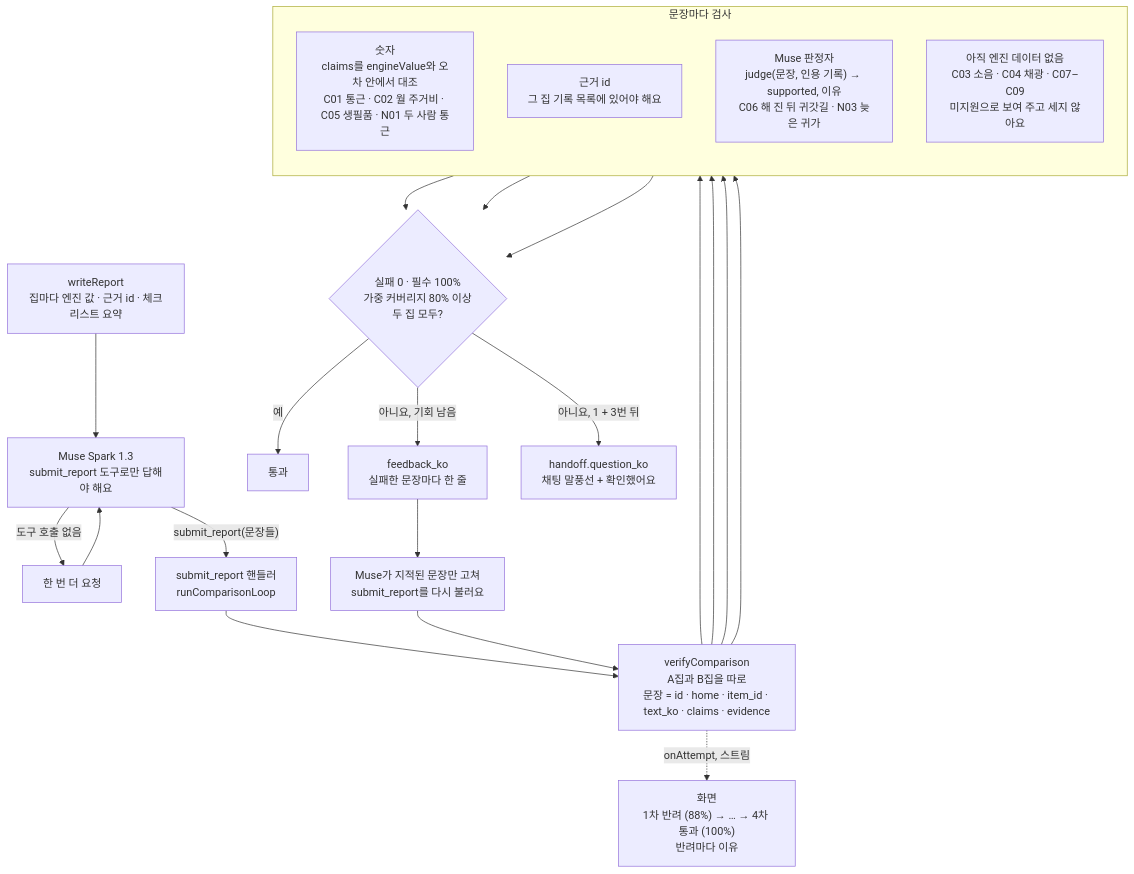
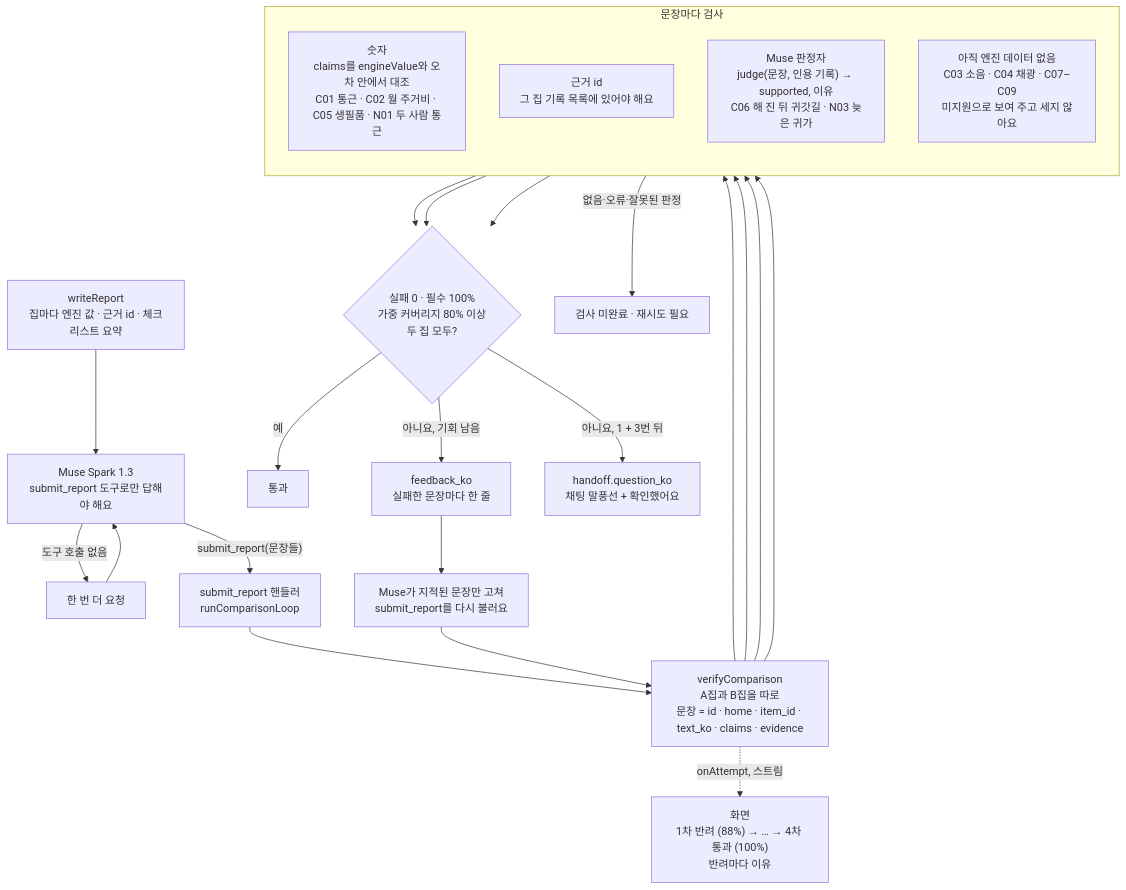
One commit to halo-sw/ithaca changed the diagram in docs/verification.ko.md. Above: the diagram before and after it, drawn with Mermaid. The commit also changed other lines of this file and 8 other files, not shown here.

````diff
--- a/docs/verification.ko.md
+++ b/docs/verification.ko.md
@@ -7,28 +9,29 @@
 ```mermaid
 flowchart TD
   S0["writeReport<br/>집마다 엔진 값 · 근거 id · 체크리스트 요약"] --> S1["Muse Spark 1.3<br/>submit_report 도구로만 답해야 해요"]
   S1 -- "도구 호출 없음" --> S1R["한 번 더 요청"]
   S1R --> S1
   S1 -- "submit_report(문장들)" --> H["submit_report 핸들러<br/>runComparisonLoop"]
   H --> V["verifyComparison<br/>A집과 B집을 따로<br/>문장 = id · home · item_id · text_ko · claims · evidence"]
   subgraph CK["문장마다 검사"]
     direction TB
     N["숫자<br/>claims를 engineValue와 오차 안에서 대조<br/>C01 통근 · C02 월 주거비 · C05 생필품 · N01 두 사람 통근"]
     E["근거 id<br/>그 집 기록 목록에 있어야 해요"]
     J["Muse 판정자<br/>judge(문장, 인용 기록) → supported, 이유<br/>C06 해 진 뒤 귀갓길 · N03 늦은 귀가"]
     X["아직 엔진 데이터 없음<br/>C03 소음 · C04 채광 · C07–C09<br/>미지원으로 보여 주고 세지 않아요"]
   end
   V --> N
   V --> E
   V --> J
   V --> X
   N --> R{"실패 0 · 필수 100%<br/>가중 커버리지 80% 이상<br/>두 집 모두?"}
   E --> R
   J --> R
+  J -- "없음·오류·잘못된 판정" --> UV["검사 미완료 · 재시도 필요"]
   R -- 예 --> OK["통과"]
   R -- "아니요, 기회 남음" --> FB["feedback_ko<br/>실패한 문장마다 한 줄"]
   FB --> RW["Muse가 지적된 문장만 고쳐<br/>submit_report를 다시 불러요"]
   RW --> V
   R -- "아니요, 1 + 3번 뒤" --> HO["handoff.question_ko<br/>채팅 말풍선 + 확인했어요"]
   V -. "onAttempt, 스트림" .-> TLN["화면<br/>1차 반려 (88%) → … → 4차 통과 (100%)<br/>반려마다 이유"]
 ```
````
